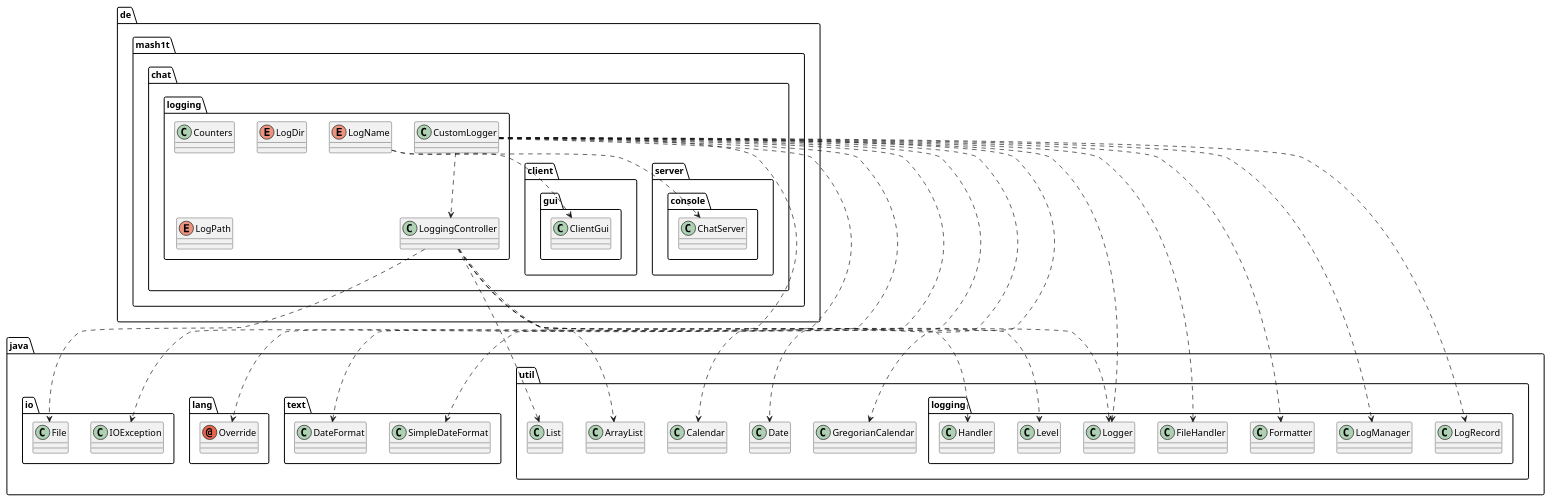
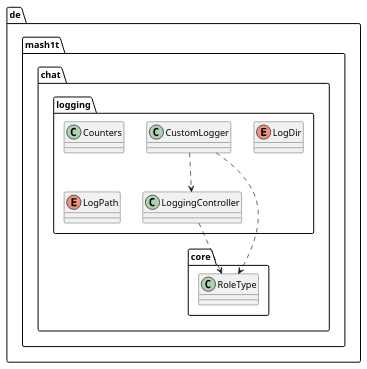
One commit to MaSHOLution/tcpchat changed the diagram in Diagrams/UML/Class Diagrams/logging/logging.puml. Above: the diagram before and after it, drawn with PlantUML. The commit also changed 218 other files, not shown here.

Commit message:
[TASK] Updated javadoc and uml-diagrams

```diff
--- a/Diagrams/UML/Class Diagrams/logging/logging.puml
+++ b/Diagrams/UML/Class Diagrams/logging/logging.puml
@@ -1,48 +1,11 @@
 @startuml
-annotation java.lang.Override
-class de.mash1t.chat.client.gui.ClientGui
+class de.mash1t.chat.core.RoleType
 class de.mash1t.chat.logging.Counters
 class de.mash1t.chat.logging.CustomLogger
 class de.mash1t.chat.logging.LoggingController
-class de.mash1t.chat.server.console.ChatServer
-class java.io.File
-class java.io.IOException
-class java.text.DateFormat
-class java.text.SimpleDateFormat
-class java.util.ArrayList
-class java.util.Calendar
-class java.util.Date
-class java.util.GregorianCalendar
-class java.util.List
-class java.util.logging.FileHandler
-class java.util.logging.Formatter
-class java.util.logging.Handler
-class java.util.logging.Level
-class java.util.logging.LogManager
-class java.util.logging.LogRecord
-class java.util.logging.Logger
 enum de.mash1t.chat.logging.LogDir
-enum de.mash1t.chat.logging.LogName
 enum de.mash1t.chat.logging.LogPath
-de.mash1t.chat.logging.CustomLogger ..> java.lang.Override
+de.mash1t.chat.logging.CustomLogger ..> de.mash1t.chat.core.RoleType
 de.mash1t.chat.logging.CustomLogger ..> de.mash1t.chat.logging.LoggingController
-de.mash1t.chat.logging.CustomLogger ..> java.io.IOException
-de.mash1t.chat.logging.CustomLogger ..> java.text.DateFormat
-de.mash1t.chat.logging.CustomLogger ..> java.text.SimpleDateFormat
-de.mash1t.chat.logging.CustomLogger ..> java.util.Calendar
-de.mash1t.chat.logging.CustomLogger ..> java.util.Date
-de.mash1t.chat.logging.CustomLogger ..> java.util.GregorianCalendar
-de.mash1t.chat.logging.CustomLogger ..> java.util.logging.FileHandler
-de.mash1t.chat.logging.CustomLogger ..> java.util.logging.Formatter
-de.mash1t.chat.logging.CustomLogger ..> java.util.logging.LogManager
-de.mash1t.chat.logging.CustomLogger ..> java.util.logging.LogRecord
-de.mash1t.chat.logging.CustomLogger ..> java.util.logging.Logger
-de.mash1t.chat.logging.LoggingController ..> java.io.File
-de.mash1t.chat.logging.LoggingController ..> java.util.ArrayList
-de.mash1t.chat.logging.LoggingController ..> java.util.List
-de.mash1t.chat.logging.LoggingController ..> java.util.logging.Handler
-de.mash1t.chat.logging.LoggingController ..> java.util.logging.Level
-de.mash1t.chat.logging.LoggingController ..> java.util.logging.Logger
-de.mash1t.chat.logging.LogName ..> de.mash1t.chat.client.gui.ClientGui
-de.mash1t.chat.logging.LogName ..> de.mash1t.chat.server.console.ChatServer
+de.mash1t.chat.logging.LoggingController ..> de.mash1t.chat.core.RoleType
 @enduml
```
